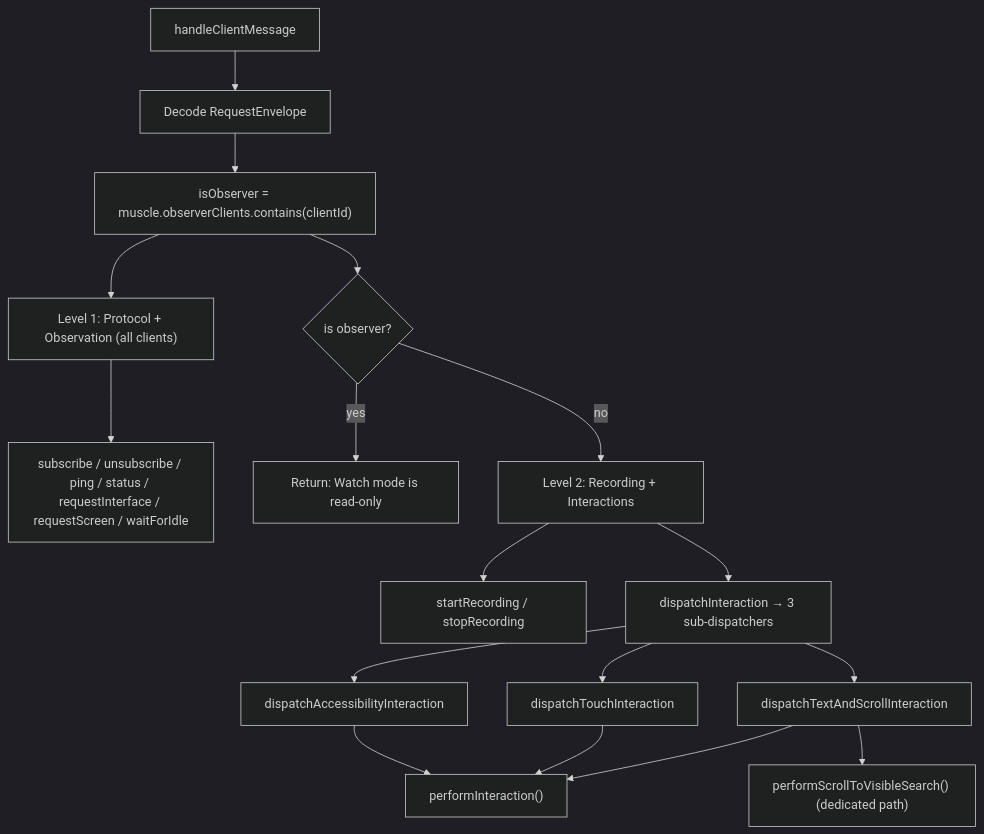
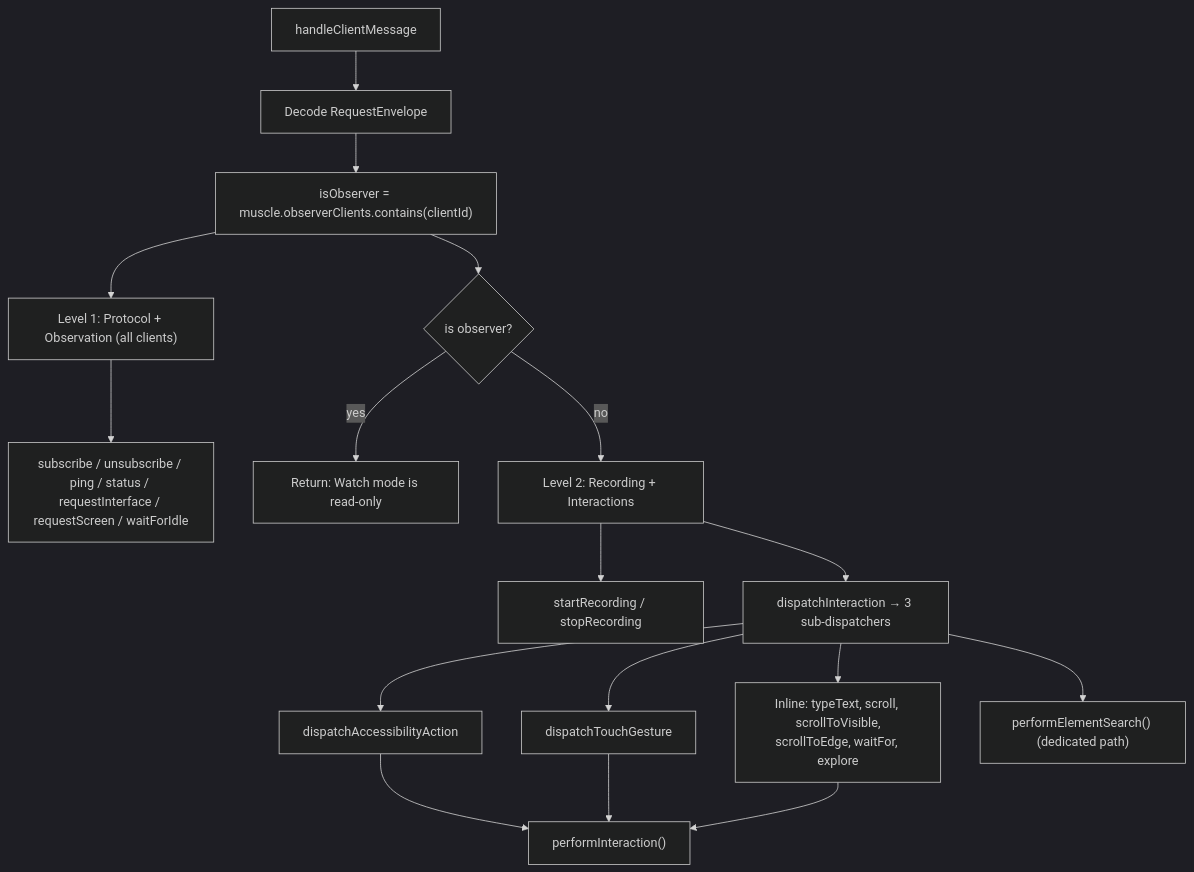
Before and after one commit to RoyalPineapple/TheButtonHeist: the second of 5 diagrams in docs/dossiers/07-THEINSIDEJOB.md, drawn with Mermaid (dark theme). The commit also changed other lines of this file and 71 other files, not shown here.

````diff
--- a/docs/dossiers/07-THEINSIDEJOB.md
+++ b/docs/dossiers/07-THEINSIDEJOB.md
@@ -90,25 +95,25 @@
 ```mermaid
 flowchart TD
     Receive["handleClientMessage"]
     Receive --> Decode["Decode RequestEnvelope"]
     Decode --> ObsCheck["isObserver = muscle.observerClients.contains(clientId)"]
 
     ObsCheck --> Level1["Level 1: Protocol + Observation (all clients)"]
     Level1 --> L1Cases["subscribe / unsubscribe / ping / status / requestInterface / requestScreen / waitForIdle"]
 
     ObsCheck --> ObsGate{"is observer?"}
     ObsGate -->|yes| ReadOnly["Return: Watch mode is read-only"]
     ObsGate -->|no| Level2["Level 2: Recording + Interactions"]
 
     Level2 --> RecCases["startRecording / stopRecording"]
     Level2 --> DispatchInt["dispatchInteraction → 3 sub-dispatchers"]
 
-    DispatchInt --> AccDisp["dispatchAccessibilityInteraction"]
-    DispatchInt --> TouchDisp["dispatchTouchInteraction"]
-    DispatchInt --> TextDisp["dispatchTextAndScrollInteraction"]
+    DispatchInt --> AccDisp["dispatchAccessibilityAction"]
+    DispatchInt --> TouchDisp["dispatchTouchGesture"]
+    DispatchInt --> Inline["Inline: typeText, scroll, scrollToVisible,<br/>scrollToEdge, waitFor, explore"]
+    DispatchInt --> Search["performElementSearch() (dedicated path)"]
 
     AccDisp --> Perform["performInteraction()"]
     TouchDisp --> Perform
-    TextDisp --> Perform
-    TextDisp --> ScrollVis["performScrollToVisibleSearch() (dedicated path)"]
+    Inline --> Perform
 ```
````
